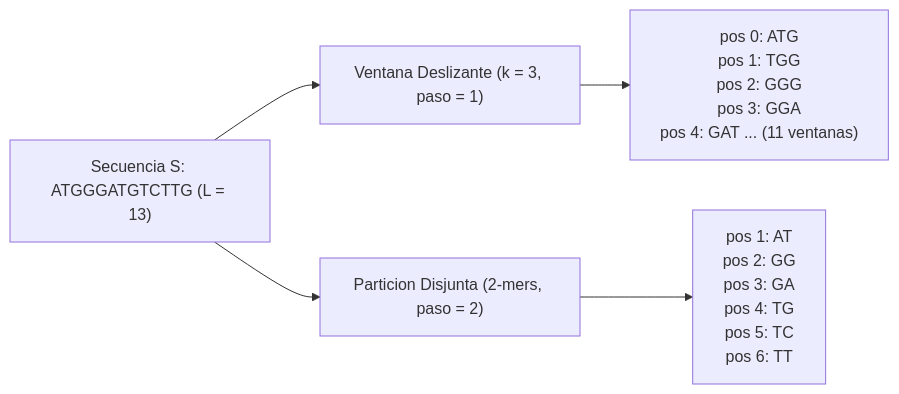
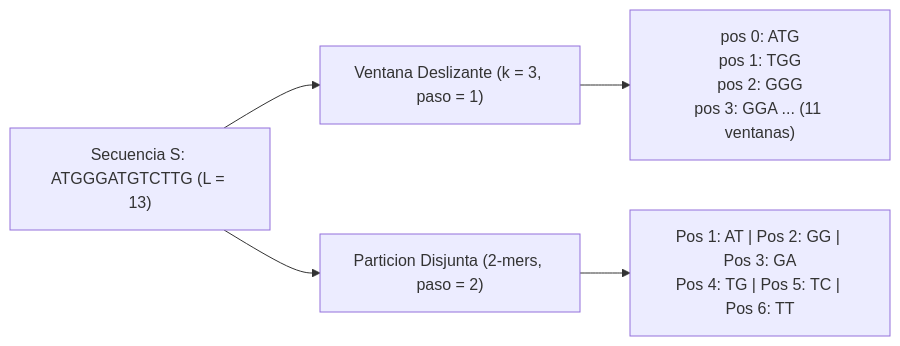
The first of 4 diagrams in Informe_Proyecto_EDA.md (AndreTrigoso/ProyectoEDA2), drawn with Mermaid before and after one commit. The commit also changed other lines of this file and 5 other files, not shown here.

````diff
--- a/Informe_Proyecto_EDA.md
+++ b/Informe_Proyecto_EDA.md
@@ -48,7 +43,7 @@
 ```mermaid
 flowchart LR
     S["Secuencia S: ATGGGATGTCTTG (L = 13)"] --> W["Ventana Deslizante (k = 3, paso = 1)"]
     S --> P["Particion Disjunta (2-mers, paso = 2)"]
-    W --> W1["pos 0: ATG<br/>pos 1: TGG<br/>pos 2: GGG<br/>pos 3: GGA<br/>pos 4: GAT ... (11 ventanas)"]
-    P --> P1["pos 1: AT<br/>pos 2: GG<br/>pos 3: GA<br/>pos 4: TG<br/>pos 5: TC<br/>pos 6: TT"]
+    W --> W1["pos 0: ATG<br/>pos 1: TGG<br/>pos 2: GGG<br/>pos 3: GGA ... (11 ventanas)"]
+    P --> P1["Pos 1: AT | Pos 2: GG | Pos 3: GA<br/>Pos 4: TG | Pos 5: TC | Pos 6: TT"]
 ```
````
